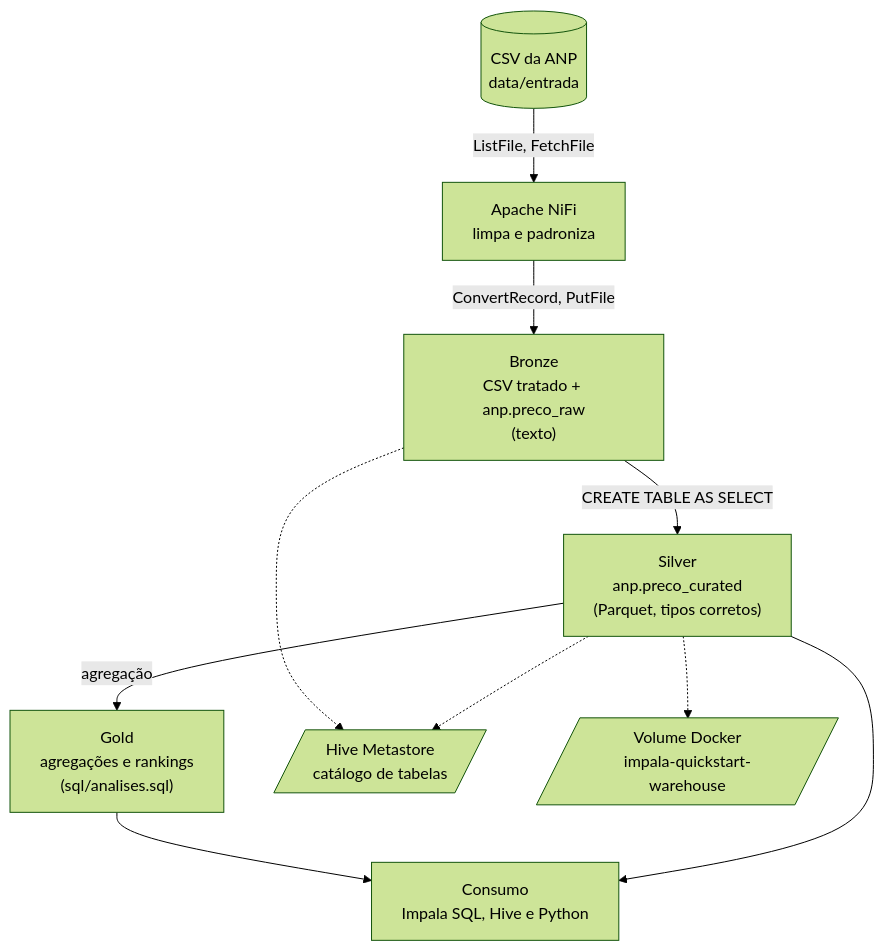
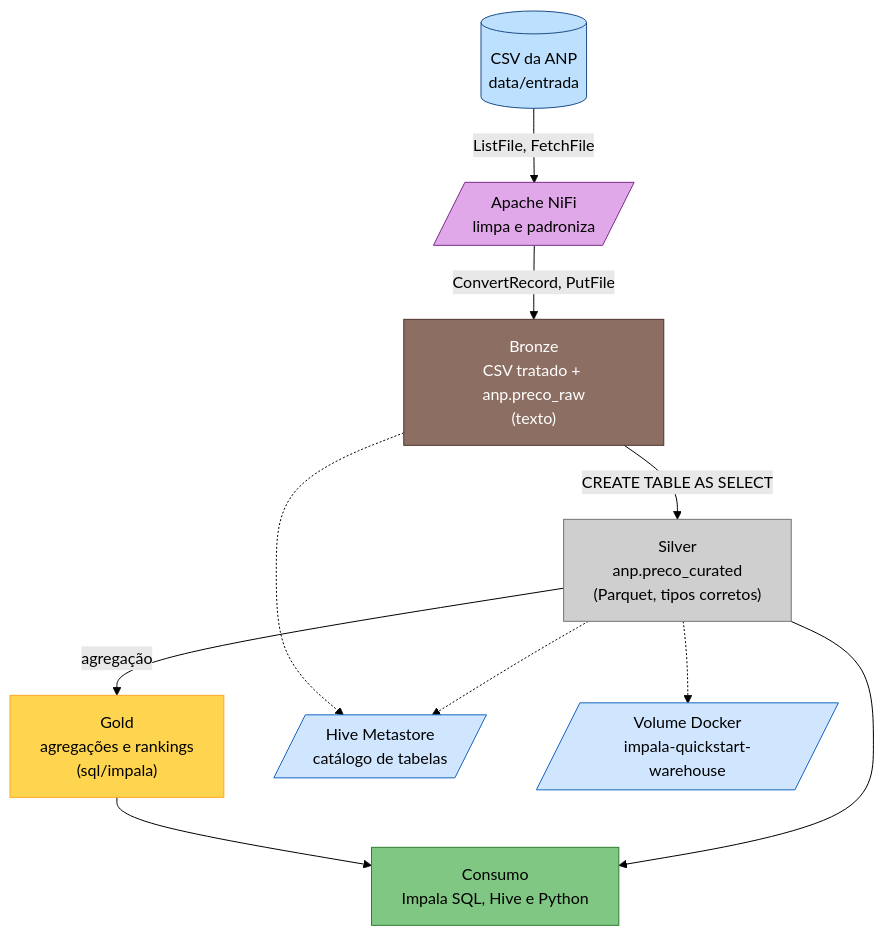
The diagram in Readme.md (flrmedeiros78/combustivel-anp), drawn with Mermaid (forest theme) before and after one commit. The commit also changed other lines of this file, not shown here.

Commit message:
docs: Ajuste do desenho de arquitetura em mermaid para ficar padronizados como os outros projetos

````diff
--- a/Readme.md
+++ b/Readme.md
@@ -42,25 +44,41 @@
 ```mermaid
 flowchart TD
     SOURCE[("CSV da ANP<br/>data/entrada")]
-    NIFI["Apache NiFi<br/>limpa e padroniza"]
+    NIFI[/"Apache NiFi<br/>limpa e padroniza"/]
 
     BRONZE["Bronze<br/>CSV tratado + anp.preco_raw<br/>(texto)"]
     SILVER["Silver<br/>anp.preco_curated<br/>(Parquet, tipos corretos)"]
-    GOLD["Gold<br/>agregações e rankings<br/>(sql/analises.sql)"]
+    GOLD["Gold<br/>agregações e rankings<br/>(sql/impala)"]
 
     ANALYTICS["Consumo<br/>Impala SQL, Hive e Python"]
 
     HMS[/"Hive Metastore<br/>catálogo de tabelas"/]
     VOL[/"Volume Docker<br/>impala-quickstart-warehouse"/]
 
     SOURCE -->|"ListFile, FetchFile"| NIFI
     NIFI -->|"ConvertRecord, PutFile"| BRONZE
     BRONZE -->|"CREATE TABLE AS SELECT"| SILVER
     SILVER -->|"agregação"| GOLD
     GOLD --> ANALYTICS
     SILVER --> ANALYTICS
 
     BRONZE -.-> HMS
     SILVER -.-> HMS
     SILVER -.-> VOL
+
+    classDef fonte fill:#bde0fe,stroke:#1d4e89,color:#000
+    classDef ingestao fill:#e0a8e8,stroke:#7b2d8b,color:#000
+    classDef bronze fill:#8d6e63,stroke:#4e342e,color:#fff
+    classDef silver fill:#cfcfcf,stroke:#757575,color:#000
+    classDef gold fill:#ffd54f,stroke:#f9a825,color:#000
+    classDef consumo fill:#81c784,stroke:#2e7d32,color:#000
+    classDef infra fill:#d0e6ff,stroke:#1565c0,color:#000
+
+    class SOURCE fonte
+    class NIFI ingestao
+    class BRONZE bronze
+    class SILVER silver
+    class GOLD gold
+    class ANALYTICS consumo
+    class HMS,VOL infra
 ```
````
